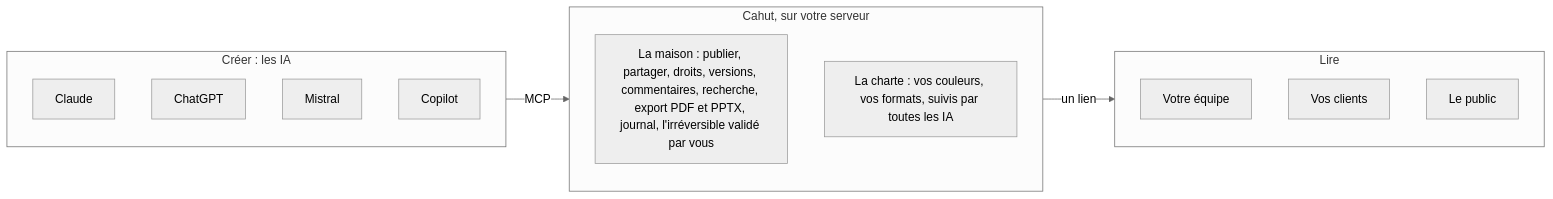
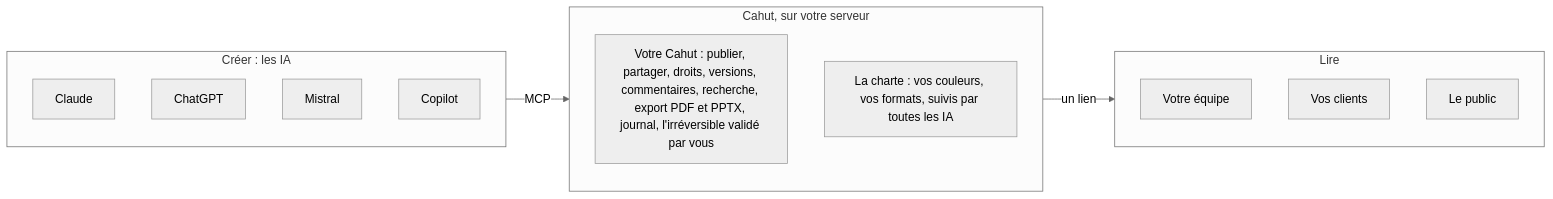
One commit to cahutcloud/cahut changed the diagram in docs/brief-projet.md. Above: the diagram before and after it, drawn with Mermaid (neutral theme). The commit also changed other lines of this file and 3 other files, not shown here.

````diff
--- a/docs/brief-projet.md
+++ b/docs/brief-projet.md
@@ -114,20 +115,20 @@
 ```mermaid
 flowchart LR
   subgraph IA["Créer : les IA"]
     C[Claude]
     G[ChatGPT]
     M[Mistral]
     P[Copilot]
   end
   subgraph CAHUT["Cahut, sur votre serveur"]
-    H["La maison : publier, partager, droits, versions, commentaires, recherche, export PDF et PPTX, journal, l'irréversible validé par vous"]
+    H["Votre Cahut : publier, partager, droits, versions, commentaires, recherche, export PDF et PPTX, journal, l'irréversible validé par vous"]
     S["La charte : vos couleurs, vos formats, suivis par toutes les IA"]
   end
   subgraph LIRE["Lire"]
     E[Votre équipe]
     CL[Vos clients]
     PU[Le public]
   end
   IA -- MCP --> CAHUT
   CAHUT -- un lien --> LIRE
 ```
````
